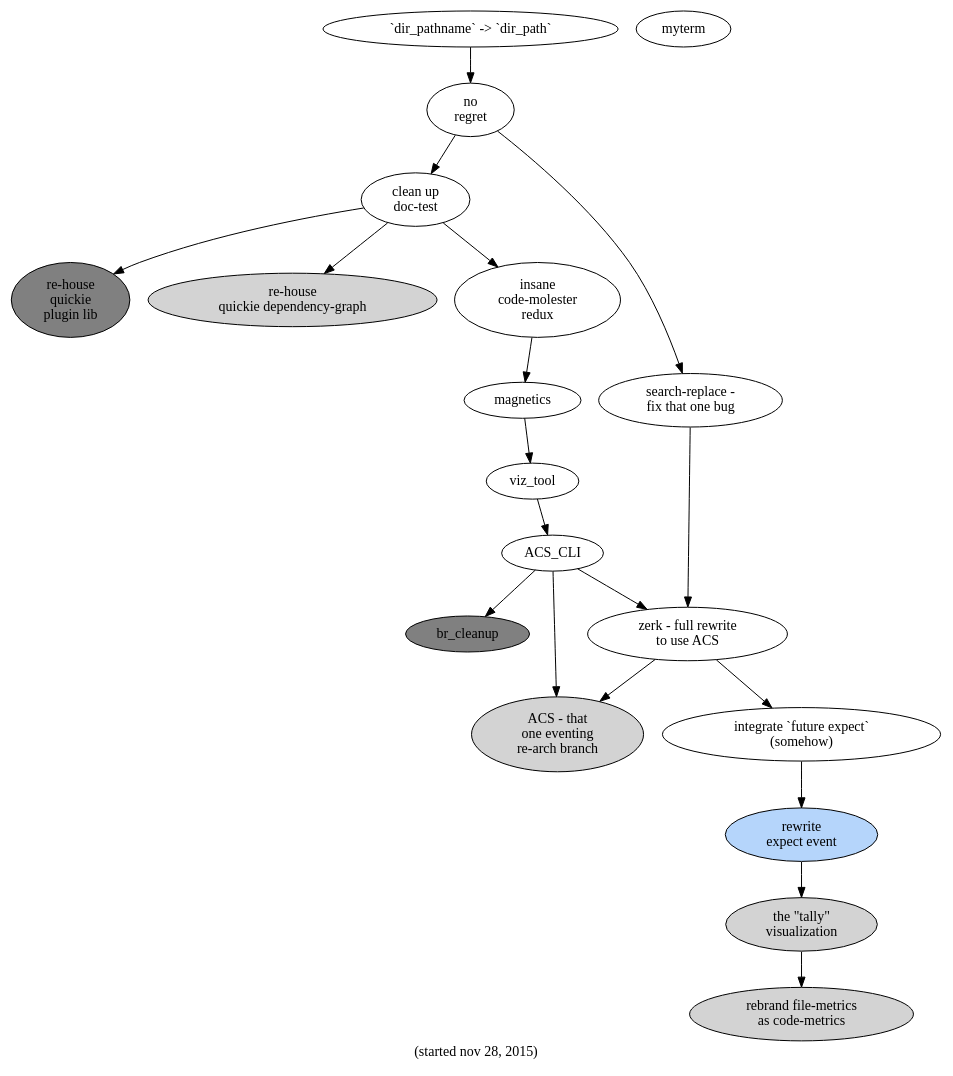
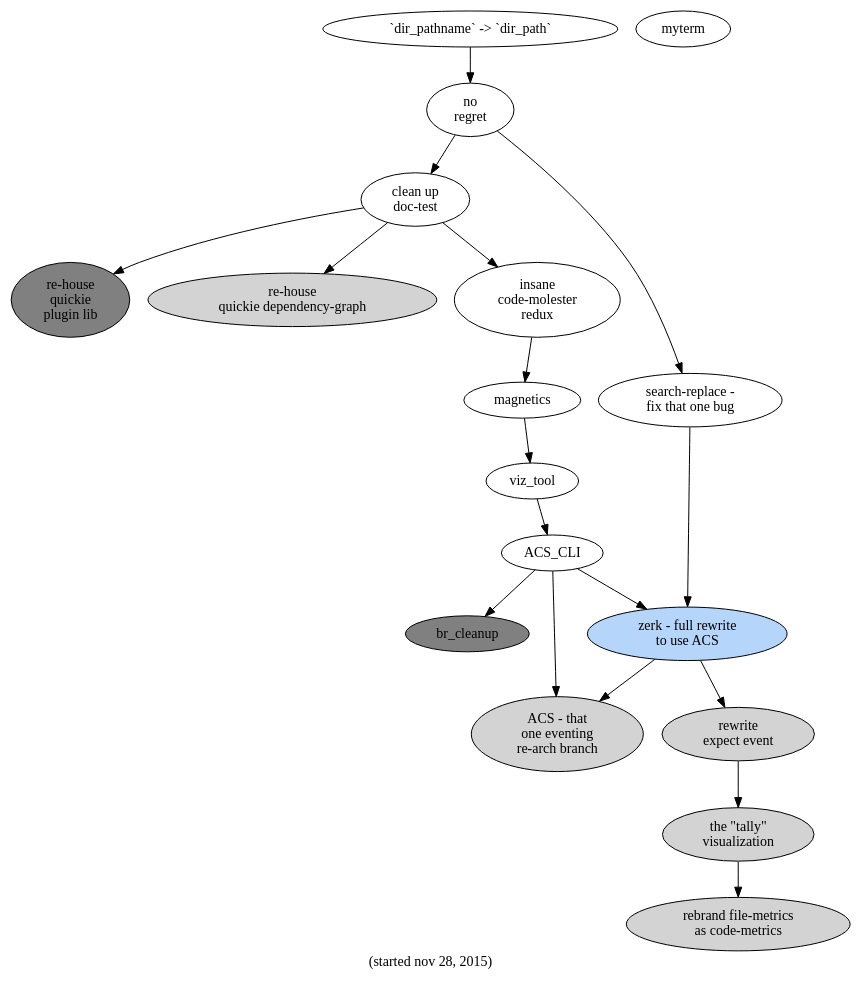
The diagram in slicer/doc/the-big-pictures-of-now/04-no-regret.dot (hipe/tmx), drawn with Graphviz before and after one commit. The commit also changed 13 other files, not shown here.

```diff
--- a/slicer/doc/the-big-pictures-of-now/04-no-regret.dot
+++ b/slicer/doc/the-big-pictures-of-now/04-no-regret.dot
@@ -1,45 +1,43 @@
 digraph g {
 
   /* color for active thing: #b5d5fb */
 
   label="(started nov 28, 2015)"
 
   clean_up_doctest -> re_house_xx
   re_house_xx [label="re-house\nquickie\nplugin lib" fillcolor="gray" style="filled"]
   clean_up_doctest [label="clean up\ndoc-test" ]
   clean_up_doctest -> re_house_yy
   re_house_yy [label="re-house\nquickie dependency-graph" style="filled"]
   clean_up_doctest->insane_CM_redux
   insane_CM_redux [label="insane\ncode-molester\nredux"]
 
   insane_CM_redux->mag
   mag [label="magnetics" ]
   mag -> viz_tool
 
   viz_tool -> ACS_CLI
   ACS_CLI -> br_cleanup
   ACS_CLI -> acs
   ACS_CLI -> zerk
   br_cleanup [style=filled fillcolor="grey"]
 
   no_regret -> sea
   no_regret -> clean_up_doctest
 
   myterm
   dpn->no_regret
   dpn [label="`dir_pathname` -> `dir_path`"]
   sea [label="search-replace -\nfix that one bug"]
   sea->zerk
-  zerk [label="zerk - full rewrite\nto use ACS"]
-  zerk->futex
-  futex [label="integrate `future expect`\n(somehow)"]
-  futex->expect_event
-  expect_event [label="rewrite\nexpect event" style=filled fillcolor="#b5d5fb"]
+  zerk [label="zerk - full rewrite\nto use ACS" style=filled fillcolor="#b5d5fb" ]
+  zerk->expect_event
+  expect_event [label="rewrite\nexpect event" style=filled]
   expect_event -> tally
   tally [label="the \"tally\"\nvisualization" style=filled]
   tally -> rfm
   rfm [label="rebrand file-metrics\nas code-metrics" style=filled]
   zerk->acs
   acs [label="ACS - that\none eventing\nre-arch branch" style=filled]
   no_regret [label="no\nregret"]
 }
```
